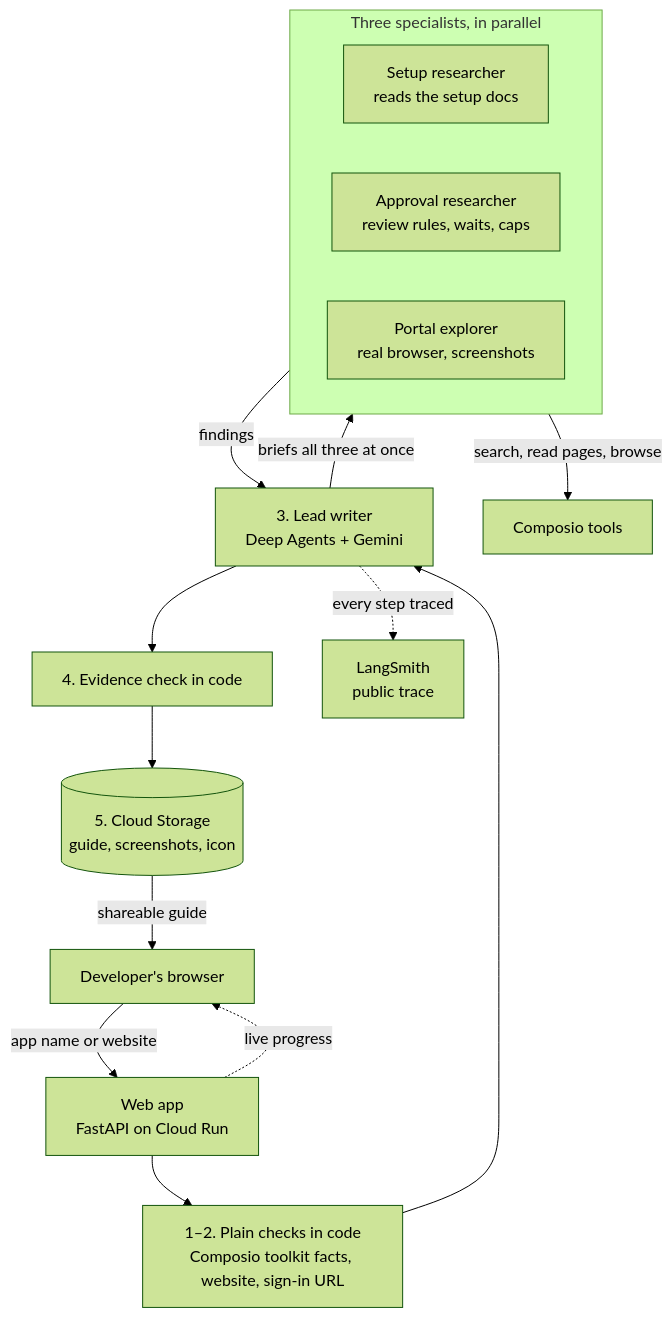
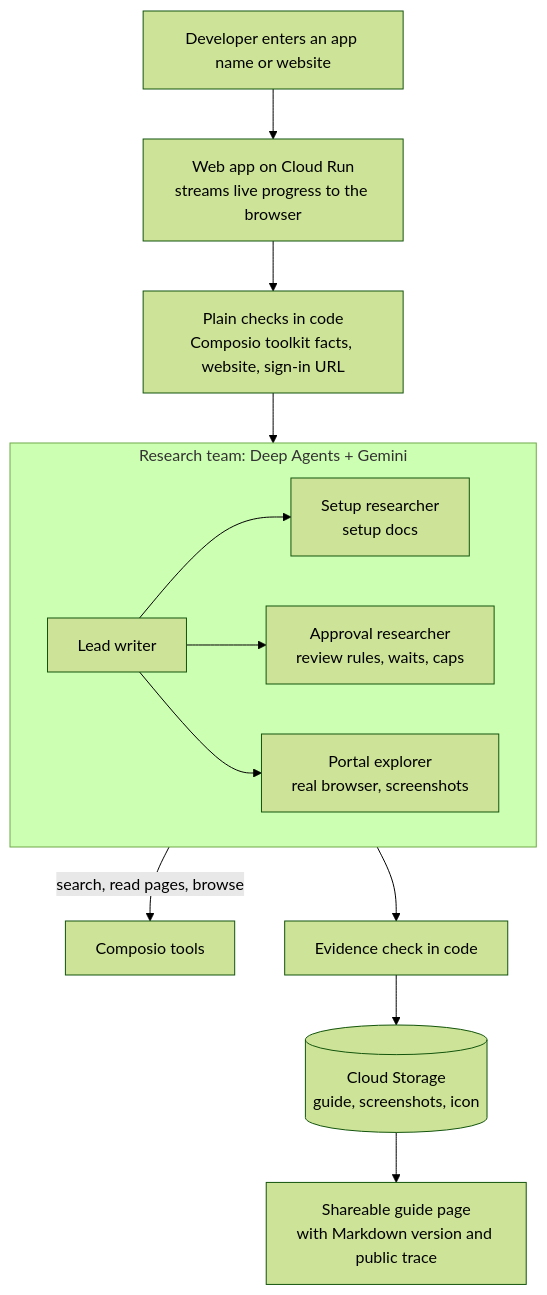
The diagram in README.md (aravindsriraj/oauth-app-guides), drawn with Mermaid (forest theme) before and after one commit.

Commit message:
README: architecture diagram reads top to bottom without loops

````diff
--- a/README.md
+++ b/README.md
@@ -27,19 +27,15 @@
 ```mermaid
 flowchart TD
-    U["Developer's browser"] -->|"app name or website"| W["Web app<br/>FastAPI on Cloud Run"]
-    W --> C["1–2. Plain checks in code<br/>Composio toolkit facts, website, sign-in URL"]
-    C --> L["3. Lead writer<br/>Deep Agents + Gemini"]
-    L -->|"briefs all three at once"| team
-    subgraph team ["Three specialists, in parallel"]
-        S1["Setup researcher<br/>reads the setup docs"]
-        S2["Approval researcher<br/>review rules, waits, caps"]
-        S3["Portal explorer<br/>real browser, screenshots"]
+    U["Developer enters an app name or website"] --> W["Web app on Cloud Run<br/>streams live progress to the browser"]
+    W --> C["Plain checks in code<br/>Composio toolkit facts, website, sign-in URL"]
+    C --> team
+    subgraph team ["Research team: Deep Agents + Gemini"]
+        L["Lead writer"] --> S1["Setup researcher<br/>setup docs"]
+        L --> S2["Approval researcher<br/>review rules, waits, caps"]
+        L --> S3["Portal explorer<br/>real browser, screenshots"]
     end
     team -->|"search, read pages, browse"| T["Composio tools"]
-    team -->|"findings"| L
-    L --> E["4. Evidence check in code"]
-    E --> B[("5. Cloud Storage<br/>guide, screenshots, icon")]
-    B -->|"shareable guide"| U
-    W -.->|"live progress"| U
-    L -.->|"every step traced"| LS["LangSmith<br/>public trace"]
+    team --> E["Evidence check in code"]
+    E --> B[("Cloud Storage<br/>guide, screenshots, icon")]
+    B --> G["Shareable guide page<br/>with Markdown version and public trace"]
 ```
````
